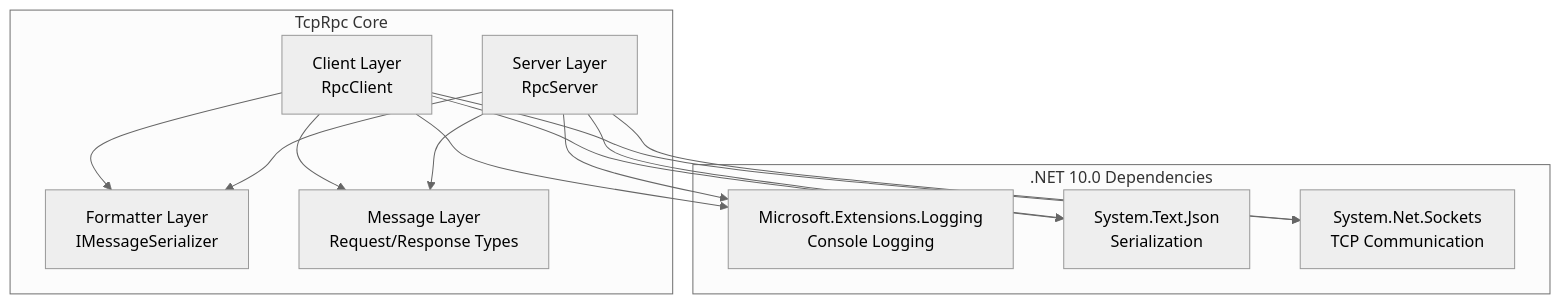
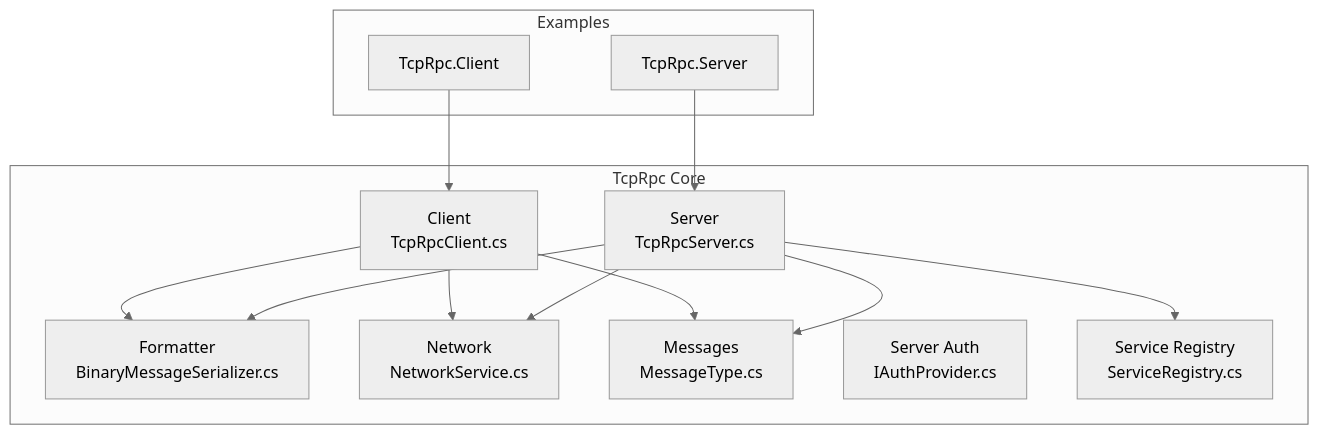
The first of 7 diagrams in .qoder/repowiki/en/content/Project Overview.md (Seamas/TcpRpc.Net), drawn with Mermaid (neutral theme) before and after one commit. The commit also changed other lines of this file and 69 other files, not shown here.

````diff
--- a/.qoder/repowiki/en/content/Project Overview.md
+++ b/.qoder/repowiki/en/content/Project Overview.md
@@ -63,24 +48,25 @@
 ```mermaid
 graph TB
 subgraph "TcpRpc Core"
-Client["Client Layer<br/>RpcClient"]
-Server["Server Layer<br/>RpcServer"]
-Formatter["Formatter Layer<br/>IMessageSerializer"]
-Message["Message Layer<br/>Request/Response Types"]
+A["Client<br/>TcpRpcClient.cs"]
+B["Server<br/>TcpRpcServer.cs"]
+C["Formatter<br/>BinaryMessageSerializer.cs"]
+D["Network<br/>NetworkService.cs"]
+E["Messages<br/>MessageType.cs"]
+F["Server Auth<br/>IAuthProvider.cs"]
+G["Service Registry<br/>ServiceRegistry.cs"]
 end
-subgraph ".NET 10.0 Dependencies"
-Logging["Microsoft.Extensions.Logging<br/>Console Logging"]
-TextJson["System.Text.Json<br/>Serialization"]
-NetTcp["System.Net.Sockets<br/>TCP Communication"]
+subgraph "Examples"
+H["TcpRpc.Client"]
+I["TcpRpc.Server"]
 end
-Client --> Formatter
-Server --> Formatter
-Client --> Message
-Server --> Message
-Client --> Logging
-Server --> Logging
-Client --> TextJson
-Server --> TextJson
-Client --> NetTcp
-Server --> NetTcp
+A --> C
+B --> C
+A --> D
+B --> D
+A --> E
+B --> E
+B --> G
+H --> A
+I --> B
 ```
````
